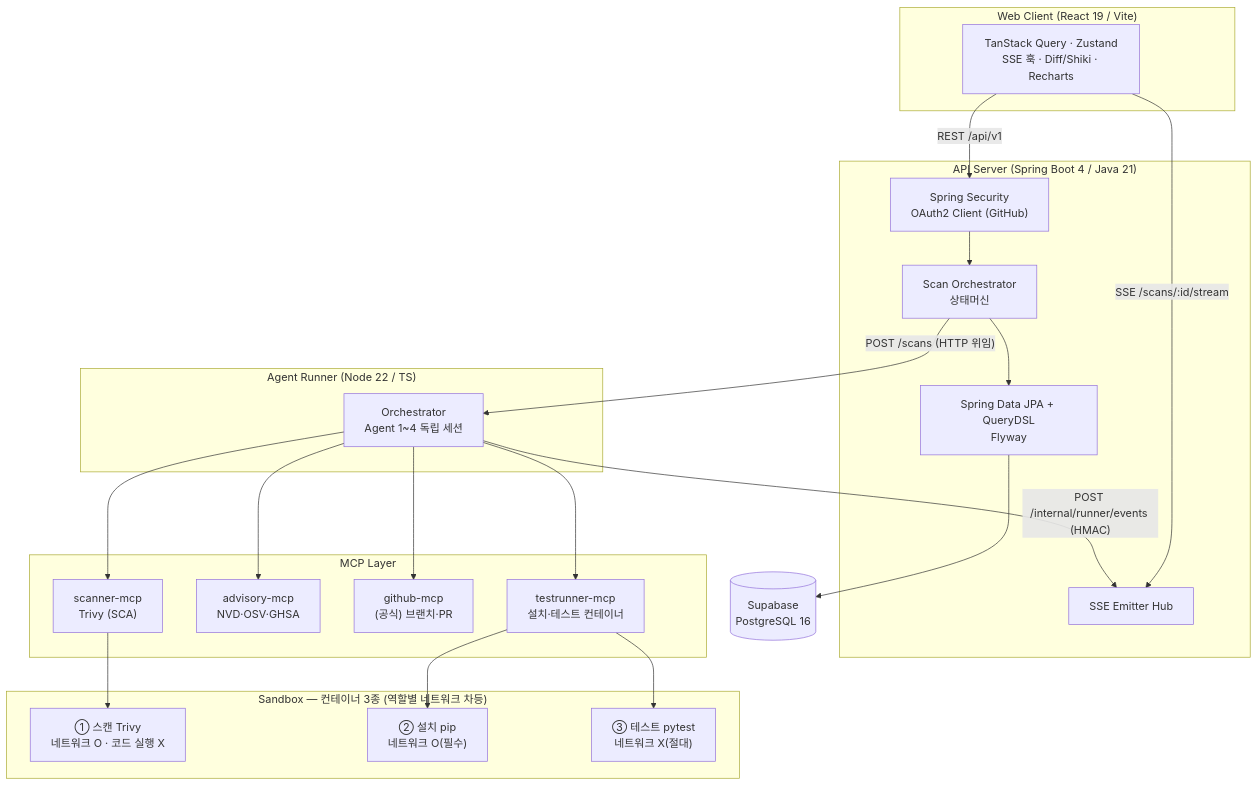
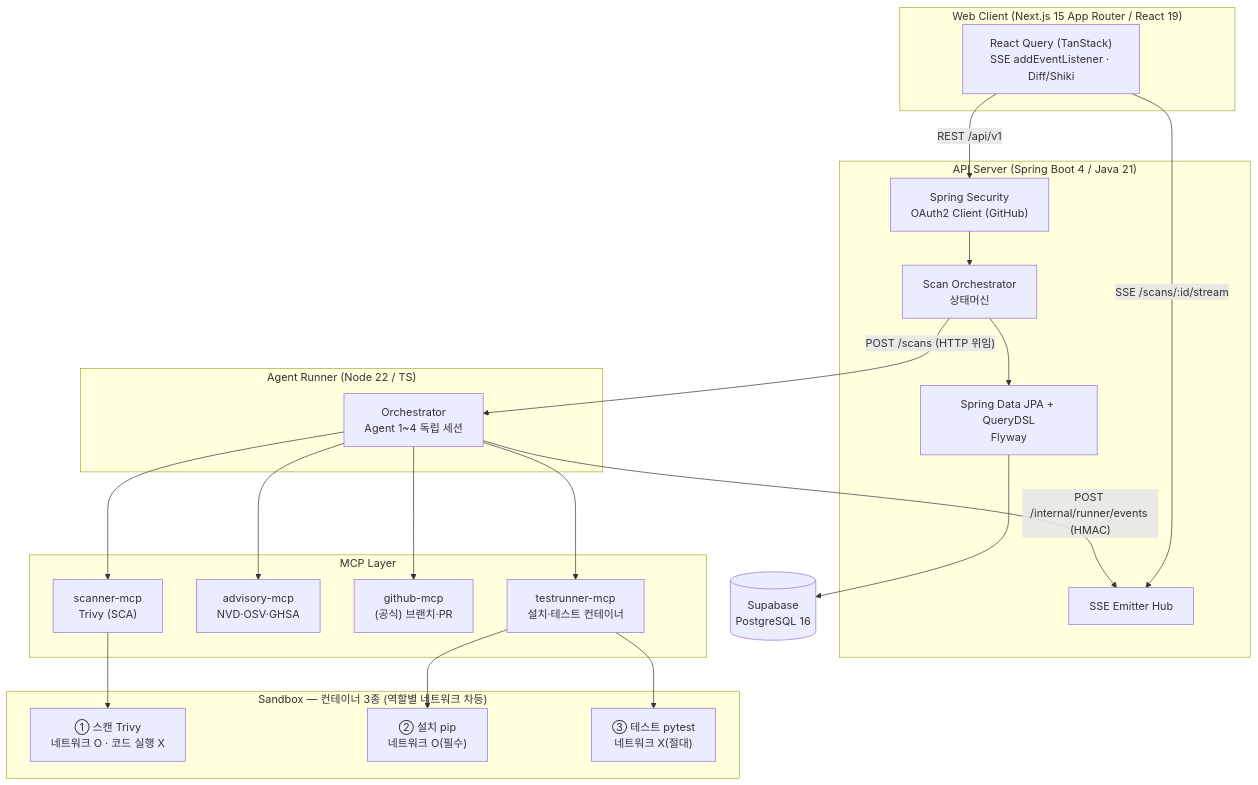
The second of 10 diagrams in DOCS/VibeGuard_Architecture.md (peachoath/vibeguard), drawn with Mermaid before and after one commit. The commit also changed other lines of this file and 76 other files, not shown here.

````diff
--- a/DOCS/VibeGuard_Architecture.md
+++ b/DOCS/VibeGuard_Architecture.md
@@ -60,43 +60,43 @@
 ```mermaid
 graph TB
-    subgraph Client["Web Client (React 19 / Vite)"]
-        FE["TanStack Query · Zustand<br/>SSE 훅 · Diff/Shiki · Recharts"]
+    subgraph Client["Web Client (Next.js 15 App Router / React 19)"]
+        FE["React Query (TanStack)<br/>SSE addEventListener · Diff/Shiki"]
     end
 
     subgraph ApiTier["API Server (Spring Boot 4 / Java 21)"]
         SEC["Spring Security<br/>OAuth2 Client (GitHub)"]
         ORCH["Scan Orchestrator<br/>상태머신"]
         SSE["SSE Emitter Hub"]
         JPA["Spring Data JPA + QueryDSL<br/>Flyway"]
     end
 
     subgraph AgentTier["Agent Runner (Node 22 / TS)"]
         RUNNER["Orchestrator<br/>Agent 1~4 독립 세션"]
     end
 
     subgraph MCP["MCP Layer"]
         SCAN["scanner-mcp<br/>Trivy (SCA)"]
         ADV["advisory-mcp<br/>NVD·OSV·GHSA"]
         GHMCP["github-mcp<br/>(공식) 브랜치·PR"]
         TEST["testrunner-mcp<br/>설치·테스트 컨테이너"]
     end
 
     subgraph Infra["Sandbox — 컨테이너 3종 (역할별 네트워크 차등)"]
         C1["① 스캔 Trivy<br/>네트워크 O · 코드 실행 X"]
         C2["② 설치 pip<br/>네트워크 O(필수)"]
         C3["③ 테스트 pytest<br/>네트워크 X(절대)"]
     end
 
     DB[("Supabase<br/>PostgreSQL 16")]
 
     FE -->|"REST /api/v1"| SEC
     FE -->|"SSE /scans/:id/stream"| SSE
     SEC --> ORCH
     ORCH --> JPA
     JPA --> DB
     ORCH -->|"POST /scans (HTTP 위임)"| RUNNER
     RUNNER -->|"POST /internal/runner/events (HMAC)"| SSE
     RUNNER --> SCAN & ADV & GHMCP & TEST
     SCAN --> C1
     TEST --> C2 & C3
 ```
````
